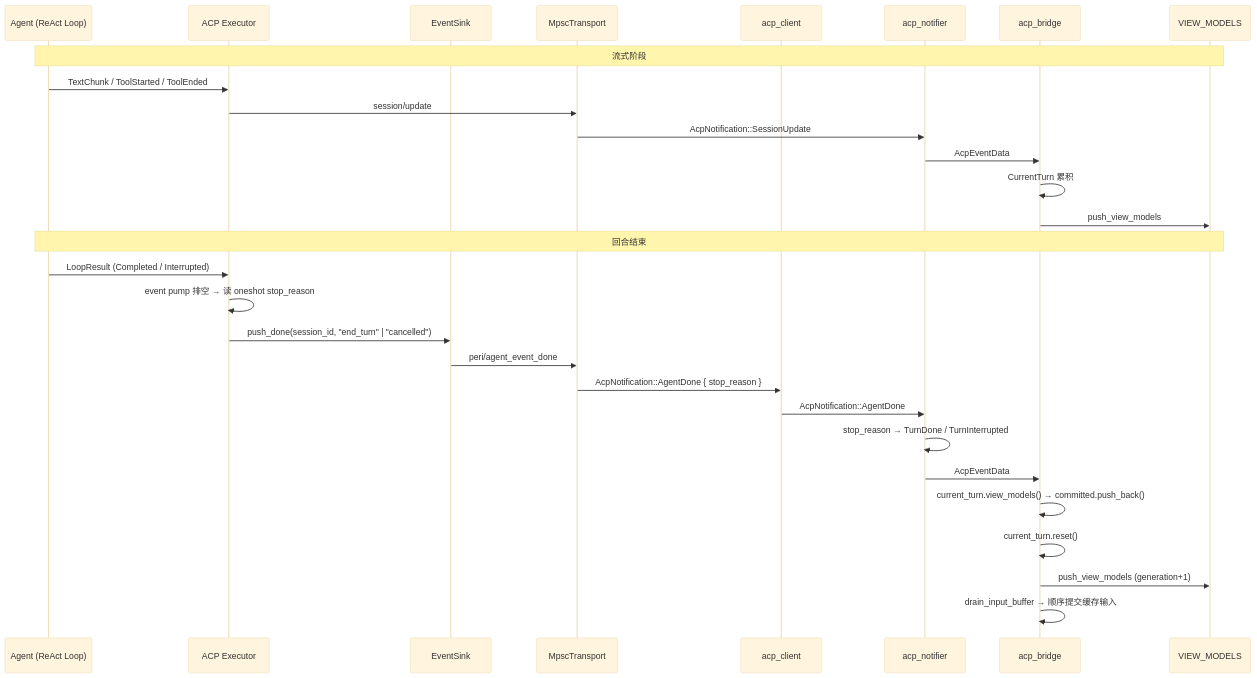
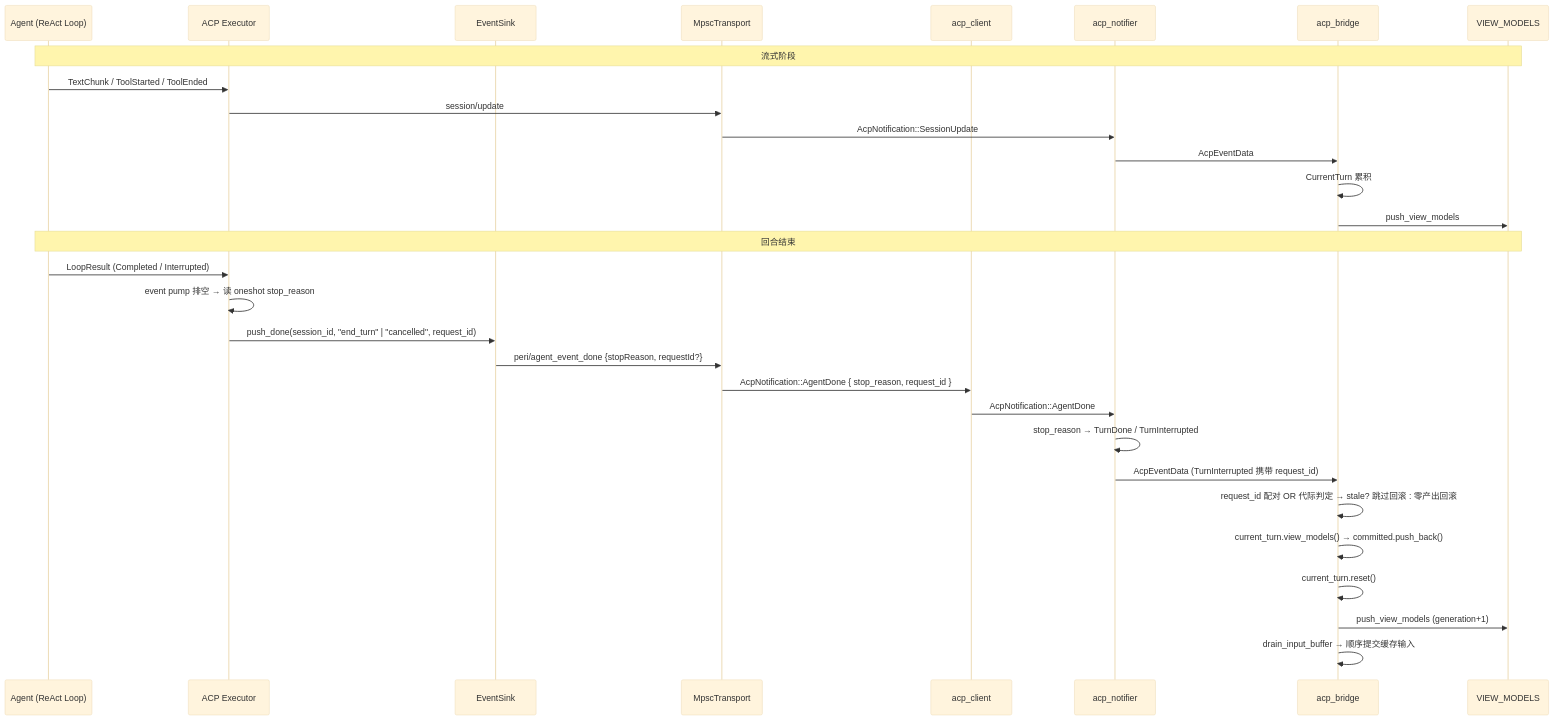
The sixth of 9 diagrams in docs/design/tui-acp-data-flow.md (KonghaYao/peri), drawn with Mermaid (base theme) before and after one commit. The commit also changed other lines of this file and 230 other files, not shown here.

````diff
--- a/docs/design/tui-acp-data-flow.md
+++ b/docs/design/tui-acp-data-flow.md
@@ -523,34 +525,35 @@
 ```mermaid
 sequenceDiagram
     participant AGENT as Agent (ReAct Loop)
     participant EXEC as ACP Executor
     participant SINK as EventSink
     participant TRANSPORT as MpscTransport
     participant CLIENT as acp_client
     participant NOTIFIER as acp_notifier
     participant BRIDGE as acp_bridge
     participant ATOM as VIEW_MODELS
 
     Note over AGENT,ATOM: 流式阶段
     AGENT->>EXEC: TextChunk / ToolStarted / ToolEnded
     EXEC->>TRANSPORT: session/update
     TRANSPORT->>NOTIFIER: AcpNotification::SessionUpdate
     NOTIFIER->>BRIDGE: AcpEventData
     BRIDGE->>BRIDGE: CurrentTurn 累积
     BRIDGE->>ATOM: push_view_models
 
     Note over AGENT,ATOM: 回合结束
     AGENT->>EXEC: LoopResult (Completed / Interrupted)
     EXEC->>EXEC: event pump 排空 → 读 oneshot stop_reason
-    EXEC->>SINK: push_done(session_id, "end_turn" | "cancelled")
-    SINK->>TRANSPORT: peri/agent_event_done
-    TRANSPORT->>CLIENT: AcpNotification::AgentDone { stop_reason }
+    EXEC->>SINK: push_done(session_id, "end_turn" | "cancelled", request_id)
+    SINK->>TRANSPORT: peri/agent_event_done {stopReason, requestId?}
+    TRANSPORT->>CLIENT: AcpNotification::AgentDone { stop_reason, request_id }
     CLIENT->>NOTIFIER: AcpNotification::AgentDone
     NOTIFIER->>NOTIFIER: stop_reason → TurnDone / TurnInterrupted
-    NOTIFIER->>BRIDGE: AcpEventData
+    NOTIFIER->>BRIDGE: AcpEventData (TurnInterrupted 携带 request_id)
+    BRIDGE->>BRIDGE: request_id 配对 OR 代际判定 → stale? 跳过回滚 : 零产出回滚
 
     BRIDGE->>BRIDGE: current_turn.view_models() → committed.push_back()
     BRIDGE->>BRIDGE: current_turn.reset()
     BRIDGE->>ATOM: push_view_models (generation+1)
     BRIDGE->>BRIDGE: drain_input_buffer → 顺序提交缓存输入
 ```
````
